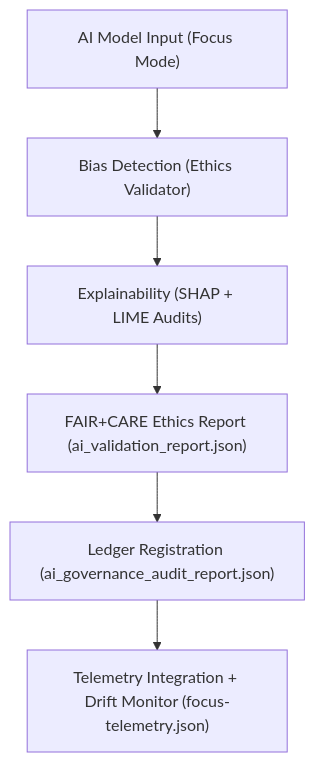
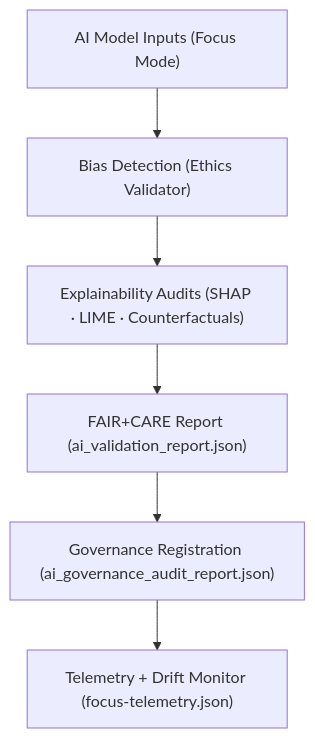
Before and after one commit to bartytime4life/Kansas-Frontier-Matrix: the third of 5 diagrams in docs/architecture/data-flow-diagrams.md, drawn with Mermaid. The commit also changed other lines of this file, not shown here.

Commit message:
Update data flow diagrams to version 9.7.0

````diff
--- a/docs/architecture/data-flow-diagrams.md
+++ b/docs/architecture/data-flow-diagrams.md
@@ -93,8 +92,8 @@
 ```mermaid
 flowchart TD
-    A["AI Model Input (Focus Mode)"] --> B["Bias Detection (Ethics Validator)"]
-    B --> C["Explainability (SHAP + LIME Audits)"]
-    C --> D["FAIR+CARE Ethics Report (ai_validation_report.json)"]
-    D --> E["Ledger Registration (ai_governance_audit_report.json)"]
-    E --> F["Telemetry Integration + Drift Monitor (focus-telemetry.json)"]
+    A["AI Model Inputs (Focus Mode)"] --> B["Bias Detection (Ethics Validator)"]
+    B --> C["Explainability Audits (SHAP · LIME · Counterfactuals)"]
+    C --> D["FAIR+CARE Report (ai_validation_report.json)"]
+    D --> E["Governance Registration (ai_governance_audit_report.json)"]
+    E --> F["Telemetry + Drift Monitor (focus-telemetry.json)"]
 ```
````
